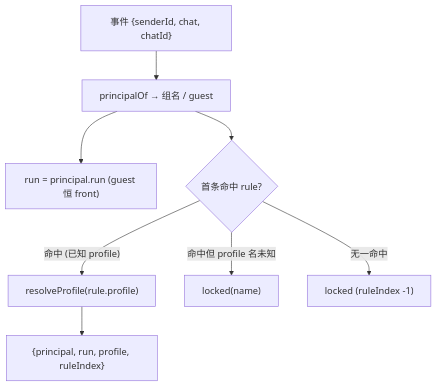
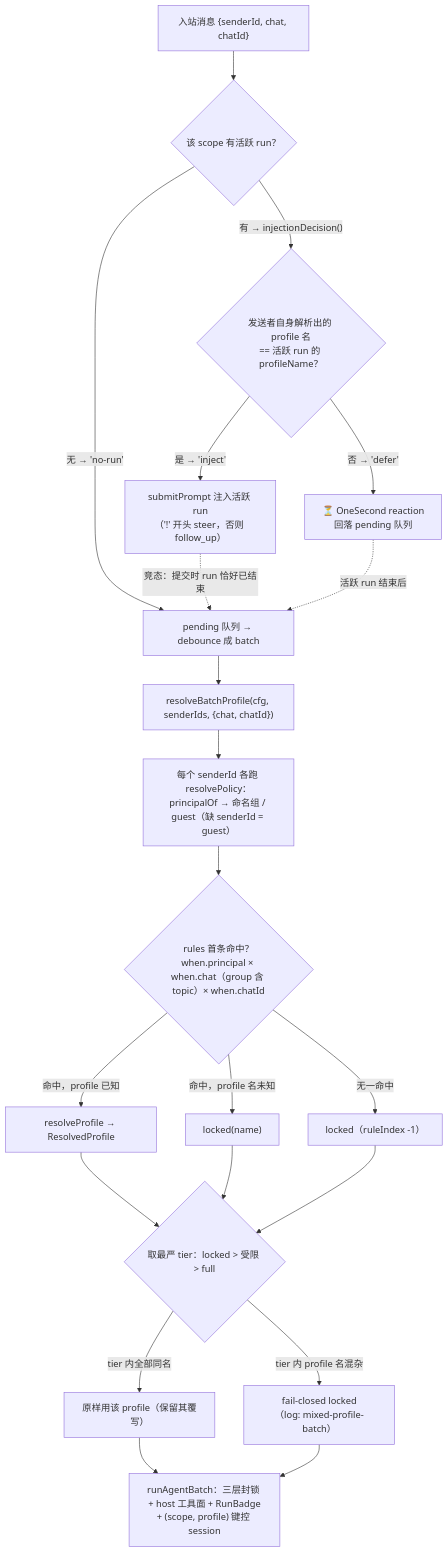
One commit to sorphwer/feishu-omp-bridge changed the first of 4 diagrams in how-it-works/09-access-and-guest-sandbox.md. Above: the diagram before and after it, drawn with Mermaid. The commit also changed other lines of this file and 12 other files, not shown here.

````diff
--- a/how-it-works/09-access-and-guest-sandbox.md
+++ b/how-it-works/09-access-and-guest-sandbox.md
@@ -52,10 +59,24 @@
 ```mermaid
 flowchart TD
-  EV["事件 {senderId, chat, chatId}"] --> PRIN["principalOf → 组名 / guest"]
-  PRIN --> RUN["run = principal.run (guest 恒 front)"]
-  PRIN --> R{"首条命中 rule?"}
-  R -->|"命中 (已知 profile)"| PROF["resolveProfile(rule.profile)"]
-  R -->|"命中但 profile 名未知"| LK1["locked(name)"]
-  R -->|无一命中| LK2["locked (ruleIndex -1)"]
-  PROF --> OUT["{principal, run, profile, ruleIndex}"]
+  MSG["入站消息 {senderId, chat, chatId}"] --> GATE{"该 scope 有活跃 run？"}
+  GATE -- "有 → injectionDecision()" --> SAME{"发送者自身解析出的 profile 名<br/>== 活跃 run 的 profileName？"}
+  SAME -- "是 → 'inject'" --> SUBMIT["submitPrompt 注入活跃 run<br/>（'!' 开头 steer，否则 follow_up）"]
+  SAME -- "否 → 'defer'" --> DEFER["⏳ OneSecond reaction<br/>回落 pending 队列"]
+  GATE -- "无 → 'no-run'" --> PEND["pending 队列 → debounce 成 batch"]
+  SUBMIT -. "竞态：提交时 run 恰好已结束" .-> PEND
+  DEFER -. "活跃 run 结束后" .-> PEND
+  PEND --> RBP["resolveBatchProfile(cfg, senderIds, {chat, chatId})"]
+  RBP --> PRIN["每个 senderId 各跑 resolvePolicy：<br/>principalOf → 命名组 / guest（缺 senderId = guest）"]
+  PRIN --> RULE{"rules 首条命中？<br/>when.principal × when.chat（group 含 topic）× when.chatId"}
+  RULE -- "命中，profile 已知" --> PROF["resolveProfile → ResolvedProfile"]
+  RULE -- "命中，profile 名未知" --> LK1["locked(name)"]
+  RULE -- "无一命中" --> LK2["locked（ruleIndex -1）"]
+  PROF --> TIER
+  LK1 --> TIER
+  LK2 --> TIER
+  TIER{"取最严 tier：locked &gt; 受限 &gt; full"}
+  TIER -- "tier 内全部同名" --> USE["原样用该 profile（保留其覆写）"]
+  TIER -- "tier 内 profile 名混杂" --> LK3["fail-closed locked<br/>（log: mixed-profile-batch）"]
+  USE --> RUN["runAgentBatch：三层封锁 + host 工具面 + RunBadge<br/>+ (scope, profile) 键控 session"]
+  LK3 --> RUN
 ```
````
